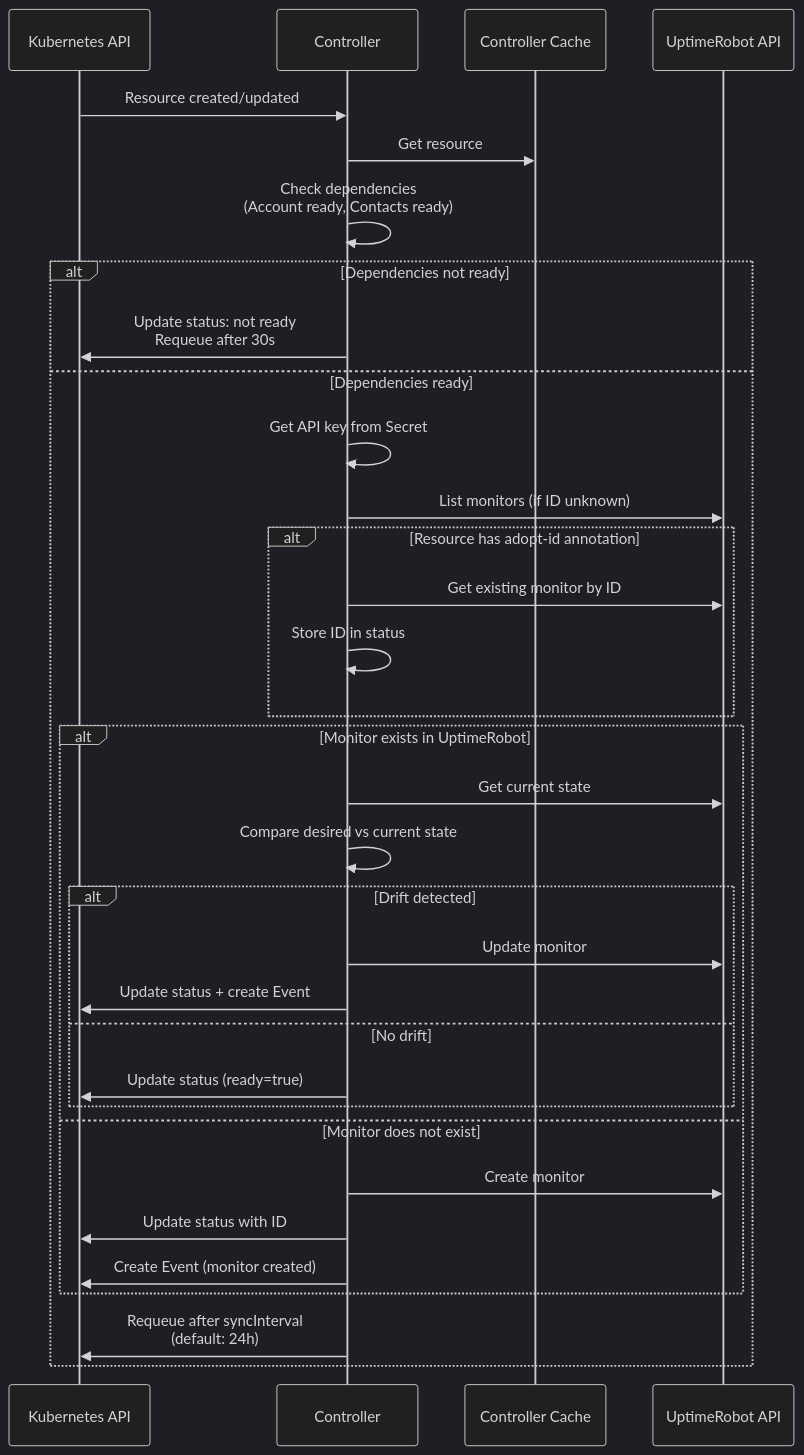
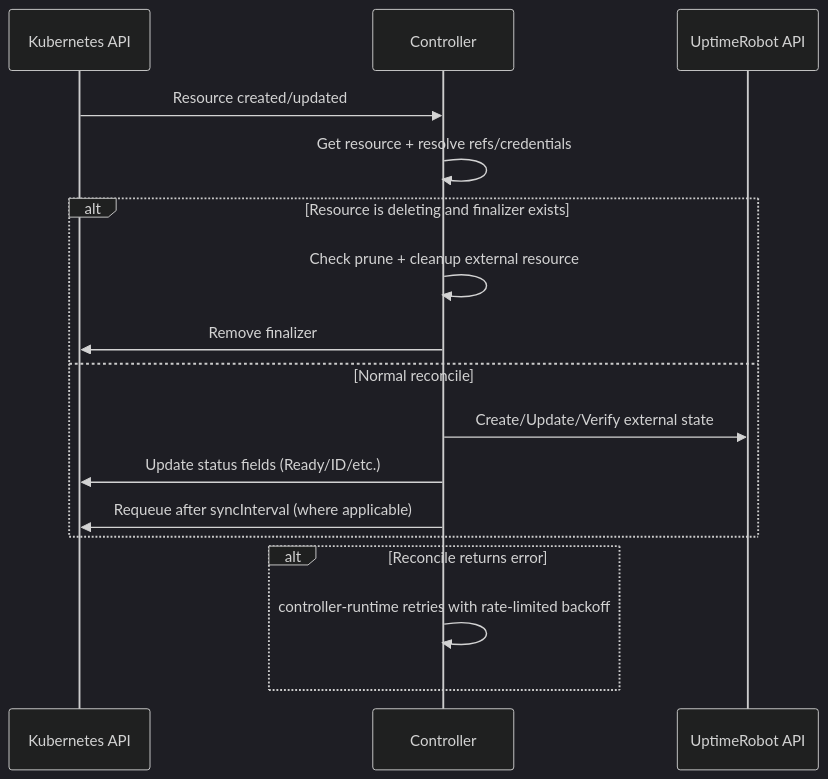
One commit to joelp172/uptime-robot-operator changed the third of 11 diagrams in docs/architecture.md. Above: the diagram before and after it, drawn with Mermaid (dark theme). The commit also changed other lines of this file, not shown here.

Commit message:
docs(architecture): align all sections with actual controller behavior

````diff
--- a/docs/architecture.md
+++ b/docs/architecture.md
@@ -130,41 +132,22 @@
 ```mermaid
 sequenceDiagram
     participant K8s as Kubernetes API
     participant Ctrl as Controller
-    participant Cache as Controller Cache
     participant UR as UptimeRobot API
     
     K8s->>Ctrl: Resource created/updated
-    Ctrl->>Cache: Get resource
-    Ctrl->>Ctrl: Check dependencies<br/>(Account ready, Contacts ready)
+    Ctrl->>Ctrl: Get resource + resolve refs/credentials
     
-    alt Dependencies not ready
-        Ctrl->>K8s: Update status: not ready<br/>Requeue after 30s
-    else Dependencies ready
-        Ctrl->>Ctrl: Get API key from Secret
-        Ctrl->>UR: List monitors (if ID unknown)
-        
-        alt Resource has adopt-id annotation
-            Ctrl->>UR: Get existing monitor by ID
-            Ctrl->>Ctrl: Store ID in status
-        end
-        
-        alt Monitor exists in UptimeRobot
-            Ctrl->>UR: Get current state
-            Ctrl->>Ctrl: Compare desired vs current state
-            
-            alt Drift detected
-                Ctrl->>UR: Update monitor
-                Ctrl->>K8s: Update status + create Event
-            else No drift
-                Ctrl->>K8s: Update status (ready=true)
-            end
-        else Monitor does not exist
-            Ctrl->>UR: Create monitor
-            Ctrl->>K8s: Update status with ID
-            Ctrl->>K8s: Create Event (monitor created)
-        end
-        
-        Ctrl->>K8s: Requeue after syncInterval<br/>(default: 24h)
+    alt Resource is deleting and finalizer exists
+        Ctrl->>Ctrl: Check prune + cleanup external resource
+        Ctrl->>K8s: Remove finalizer
+    else Normal reconcile
+        Ctrl->>UR: Create/Update/Verify external state
+        Ctrl->>K8s: Update status fields (Ready/ID/etc.)
+        Ctrl->>K8s: Requeue after syncInterval (where applicable)
+    end
+
+    alt Reconcile returns error
+        Ctrl->>Ctrl: controller-runtime retries with rate-limited backoff
     end
 ```
````
